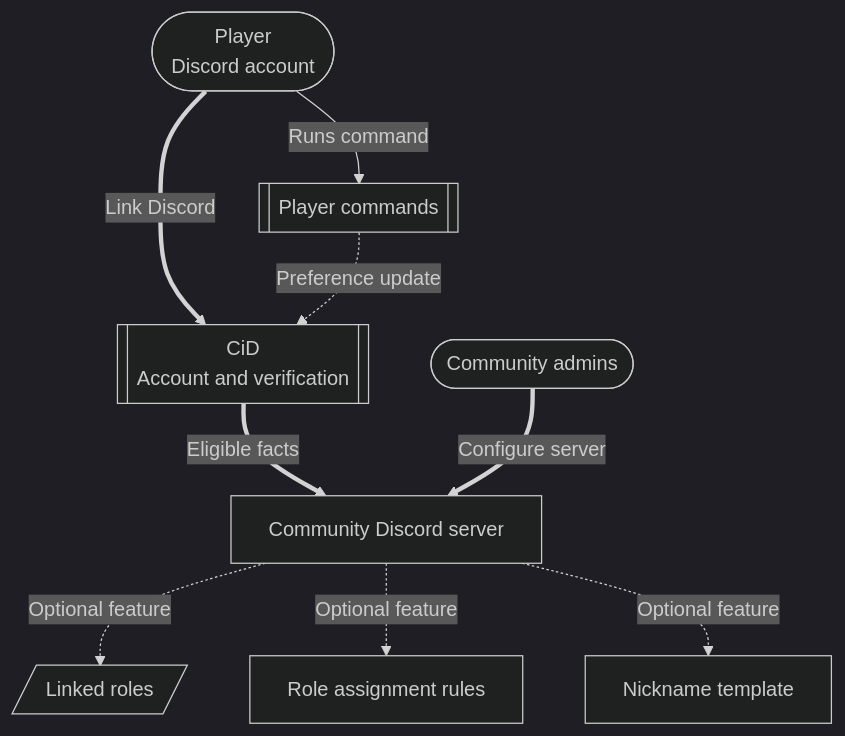
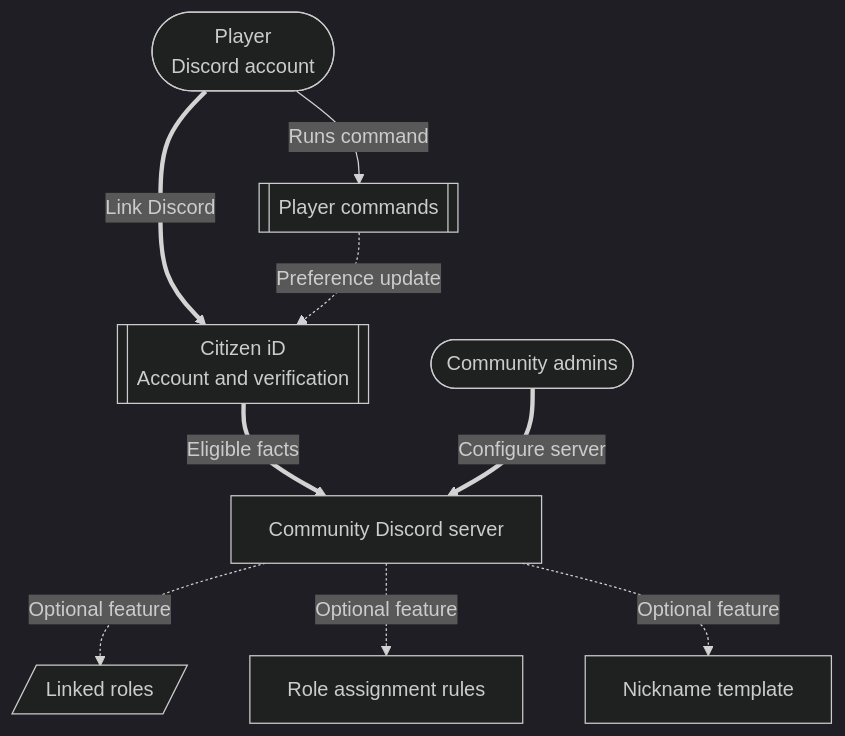
The diagram in docs/players/discord-integrations.md (ArkanisCorporation/CitizenId-docs), drawn with Mermaid (dark theme) before and after one commit. The commit also changed other lines of this file and 4 other files, not shown here.

````diff
--- a/docs/players/discord-integrations.md
+++ b/docs/players/discord-integrations.md
@@ -24,30 +24,30 @@
 ```mermaid
 flowchart TD
   player(["Player<br/>Discord account"])
-  cid[["CiD<br/>Account and verification"]]
+  cid[["Citizen iD<br/>Account and verification"]]
   server["Community Discord server"]
   linked[/"Linked roles"/]
   roles["Role assignment rules"]
   nick["Nickname template"]
   commands[["Player commands"]]
   admins(["Community admins"])
 
   player ==>|Link Discord| cid
   cid ==>|Eligible facts| server
   admins ==>|Configure server| server
   server -. "Optional feature" .-> linked
   server -. "Optional feature" .-> roles
   server -. "Optional feature" .-> nick
   player -->|"Runs command"| commands
   commands -. "Preference update" .-> cid
 
   class player,admins actor;
   class cid service;
   class server context;
   class linked,roles,nick,commands action;
 
   click admins "/community-admins/" "Open Community Admin Guide" _self
   click server "/community-admins/discord-bot" "Open Discord Bot" _self
   click roles "/community-admins/role-assignments" "Open Role Assignments" _self
   click nick "/community-admins/nickname-management" "Open Nickname Management" _self
 ```
````
